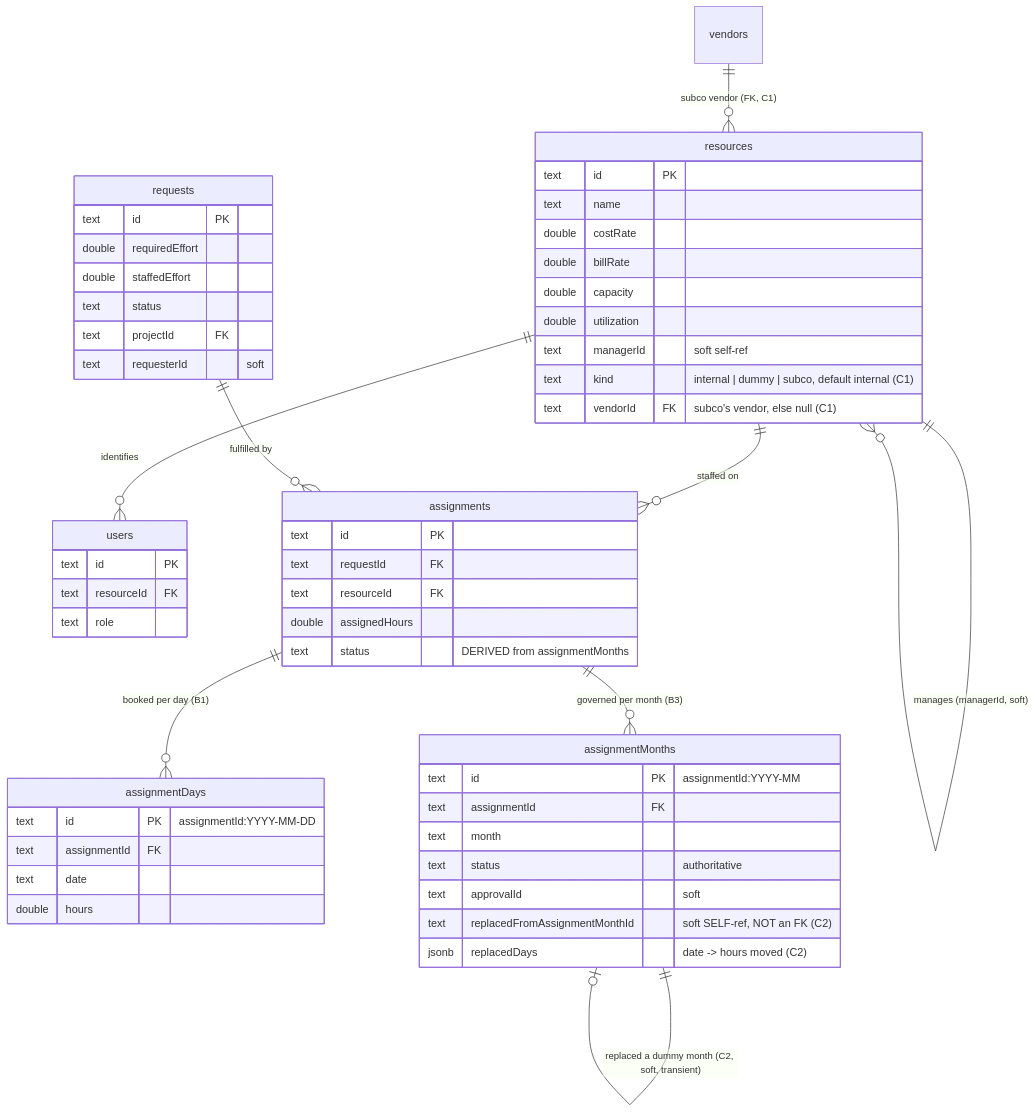
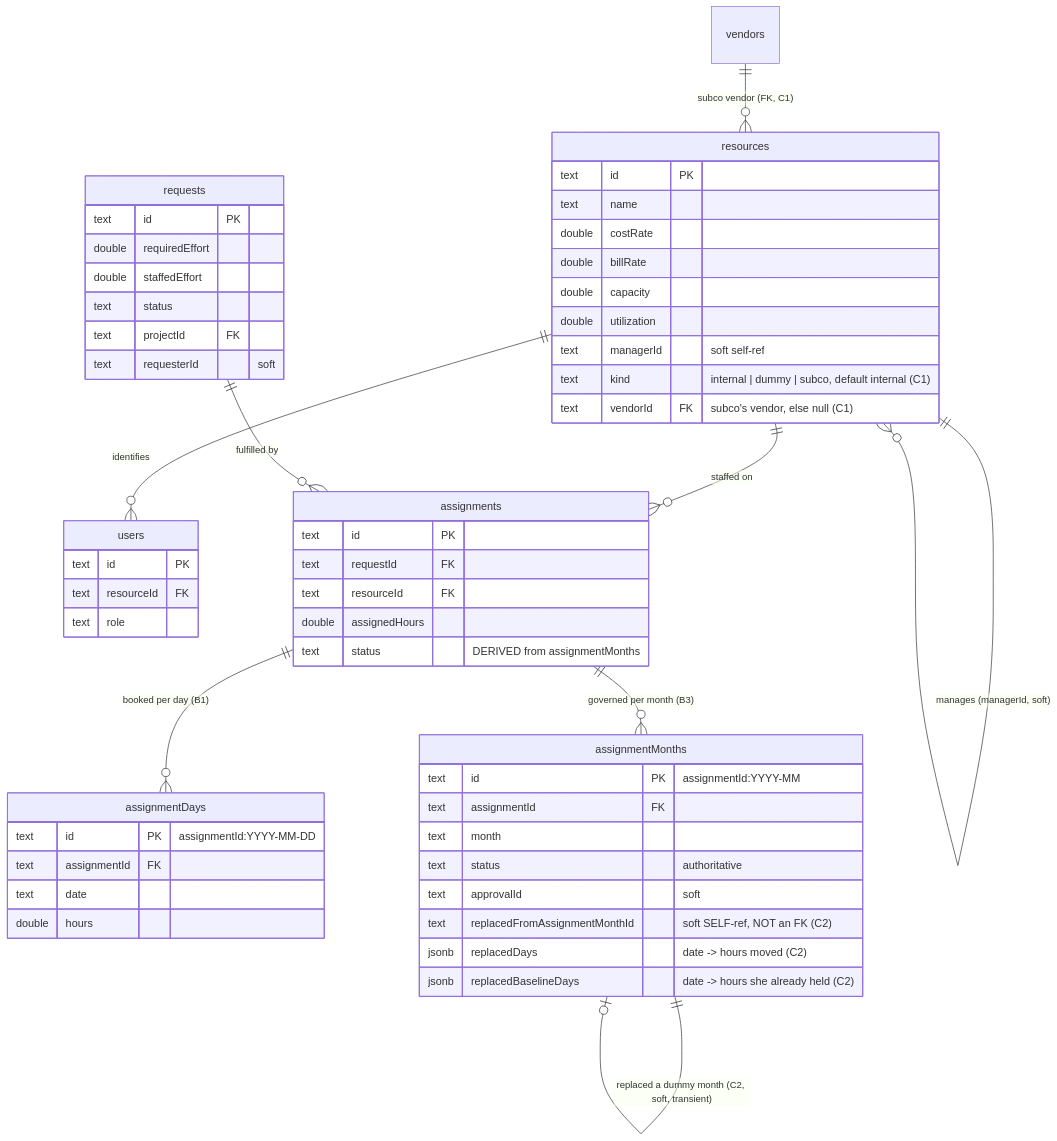
The first of 4 diagrams in docs/architecture/03-backend-and-data.md (Raistlin82/project-resource-mgmt), drawn with Mermaid before and after one commit. The commit also changed other lines of this file and 2 other files, not shown here.

First line of the commit message:
docs(c2): the baseline map, the derived booking window and the reopen rule

````diff
--- a/docs/architecture/03-backend-and-data.md
+++ b/docs/architecture/03-backend-and-data.md
@@ -288,58 +288,59 @@
 ```mermaid
 erDiagram
     resources   ||--o{ users : "identifies"
     resources   ||--o{ assignments : "staffed on"
     requests    ||--o{ assignments : "fulfilled by"
     resources   ||--o{ resources : "manages (managerId, soft)"
     vendors     ||--o{ resources : "subco vendor (FK, C1)"
     assignments ||--o{ assignmentDays : "booked per day (B1)"
     assignments ||--o{ assignmentMonths : "governed per month (B3)"
     assignmentMonths ||--o| assignmentMonths : "replaced a dummy month (C2, soft, transient)"
 
     resources {
         text id PK
         text name
         double costRate
         double billRate
         double capacity
         double utilization
         text managerId "soft self-ref"
         text kind "internal | dummy | subco, default internal (C1)"
         text vendorId FK "subco's vendor, else null (C1)"
     }
     users {
         text id PK
         text resourceId FK
         text role
     }
     requests {
         text id PK
         double requiredEffort
         double staffedEffort
         text status
         text projectId FK
         text requesterId "soft"
     }
     assignments {
         text id PK
         text requestId FK
         text resourceId FK
         double assignedHours
         text status "DERIVED from assignmentMonths"
     }
     assignmentDays {
         text id PK "assignmentId:YYYY-MM-DD"
         text assignmentId FK
         text date
         double hours
     }
     assignmentMonths {
         text id PK "assignmentId:YYYY-MM"
         text assignmentId FK
         text month
         text status "authoritative"
         text approvalId "soft"
         text replacedFromAssignmentMonthId "soft SELF-ref, NOT an FK (C2)"
         jsonb replacedDays "date -> hours moved (C2)"
+        jsonb replacedBaselineDays "date -> hours she already held (C2)"
     }
 ```
````
